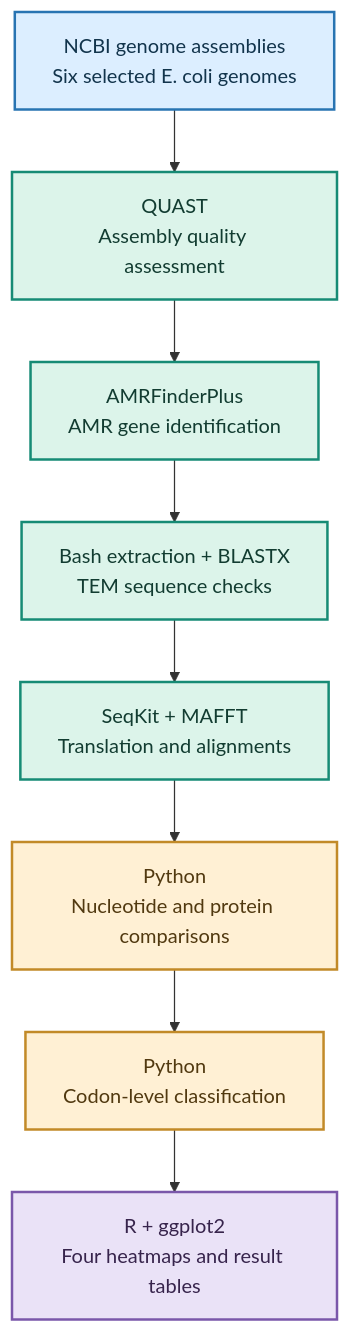
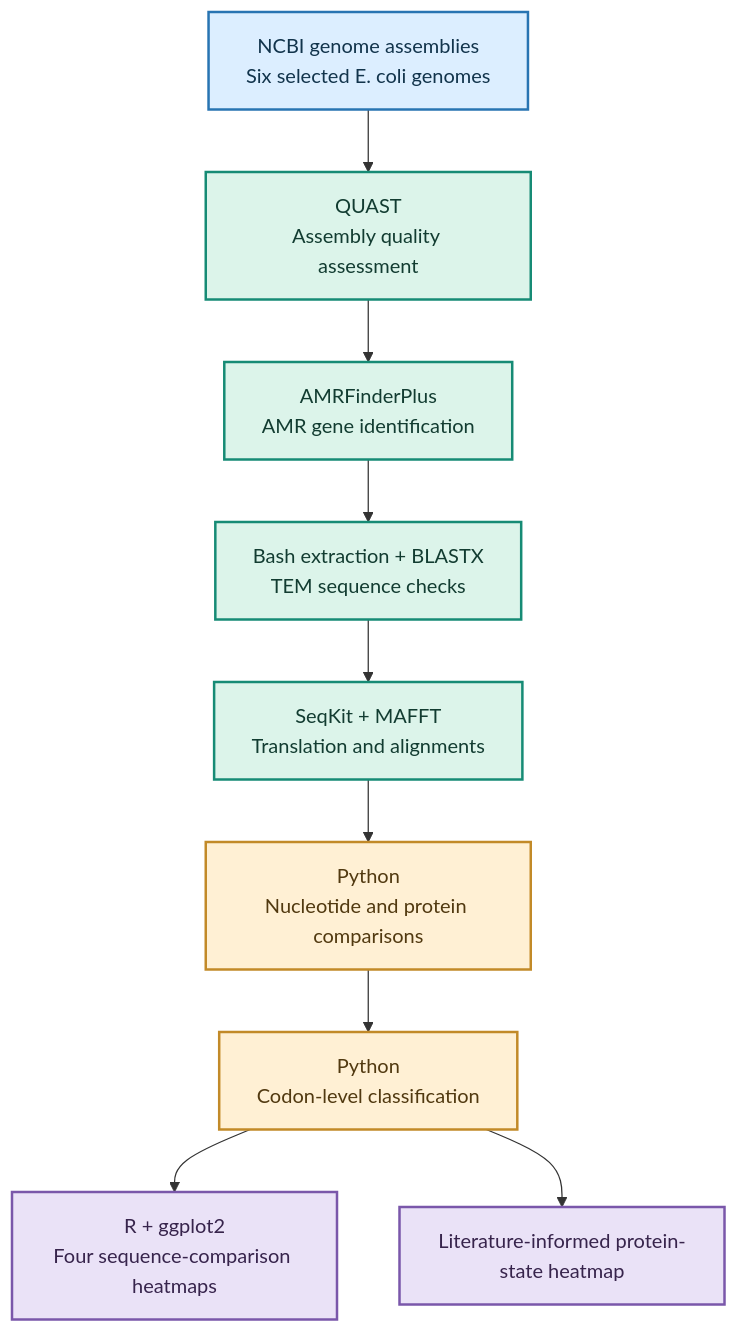
One commit to chrisweb-eng/Ecoli-TEM-Beta-Lactamase-Analysis changed the diagram in README.md. Above: the diagram before and after it, drawn with Mermaid. The commit also changed other lines of this file and 1 other file, not shown here.

Commit message:
Add Figure 5 and update README

````diff
--- a/README.md
+++ b/README.md
@@ -72,18 +72,21 @@
 ```mermaid
 flowchart TD
     A["NCBI genome assemblies<br/>Six selected E. coli genomes"] --> B["QUAST<br/>Assembly quality assessment"]
     B --> C["AMRFinderPlus<br/>AMR gene identification"]
     C --> D["Bash extraction + BLASTX<br/>TEM sequence checks"]
     D --> E["SeqKit + MAFFT<br/>Translation and alignments"]
     E --> F["Python<br/>Nucleotide and protein comparisons"]
     F --> G["Python<br/>Codon-level classification"]
-    G --> H["R + ggplot2<br/>Four heatmaps and result tables"]
+    G --> H["R + ggplot2<br/>Four sequence-comparison heatmaps"]
+    G --> I["Literature-informed protein-state heatmap"]
+
     classDef source fill:#DCEEFF,stroke:#2874B2,color:#12344C,stroke-width:2px;
     classDef prep fill:#DCF4EA,stroke:#168B75,color:#123C31,stroke-width:2px;
     classDef analysis fill:#FFF0D4,stroke:#C28A28,color:#513910,stroke-width:2px;
     classDef output fill:#EAE2F7,stroke:#7A57AA,color:#37244C,stroke-width:2px;
+
     class A source;
     class B,C,D,E prep;
     class F,G analysis;
-    class H output;
+    class H,I output;
 ```
````
